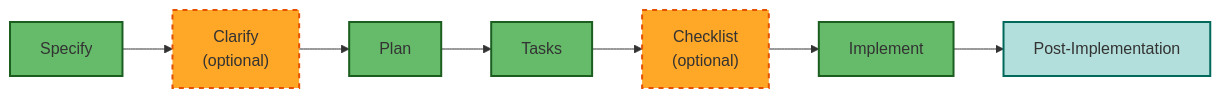
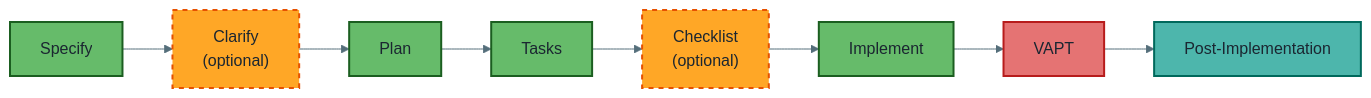
Before and after one commit to premkumarjanagarajan/fluid-flow-ai: the tenth of 26 diagrams in docs/WORKFLOW-FULL-DETAILED.md, drawn with Mermaid. The commit also changed other lines of this file, not shown here.

First line of the commit message:
Fix mermaid diagram colors for dark/light theme compatibility

````diff
--- a/docs/WORKFLOW-FULL-DETAILED.md
+++ b/docs/WORKFLOW-FULL-DETAILED.md
@@ -430,17 +449,20 @@
 ```mermaid
+%%{init: {'theme': 'base', 'themeVariables': {'primaryTextColor': '#1B2631', 'lineColor': '#546E7A', 'textColor': '#1B2631'}}}%%
 flowchart LR
     SK1["Specify"] --> SK2["Clarify<br/>(optional)"]
     SK2 --> SK3["Plan"]
     SK3 --> SK4["Tasks"]
     SK4 --> SK5["Checklist<br/>(optional)"]
     SK5 --> SK6["Implement"]
-    SK6 --> POST["Post-Implementation"]
+    SK6 --> SK7["VAPT"]
+    SK7 --> POST["Post-Implementation"]
 
     style SK1 fill:#66BB6A,stroke:#1B5E20,stroke-width:2px
     style SK2 fill:#FFA726,stroke:#E65100,stroke-width:2px,stroke-dasharray: 5 5
     style SK3 fill:#66BB6A,stroke:#1B5E20,stroke-width:2px
     style SK4 fill:#66BB6A,stroke:#1B5E20,stroke-width:2px
     style SK5 fill:#FFA726,stroke:#E65100,stroke-width:2px,stroke-dasharray: 5 5
     style SK6 fill:#66BB6A,stroke:#1B5E20,stroke-width:2px
-    style POST fill:#B2DFDB,stroke:#00695C,stroke-width:2px
+    style SK7 fill:#E57373,stroke:#B71C1C,stroke-width:2px
+    style POST fill:#4DB6AC,stroke:#00695C,stroke-width:2px
 ```
````
